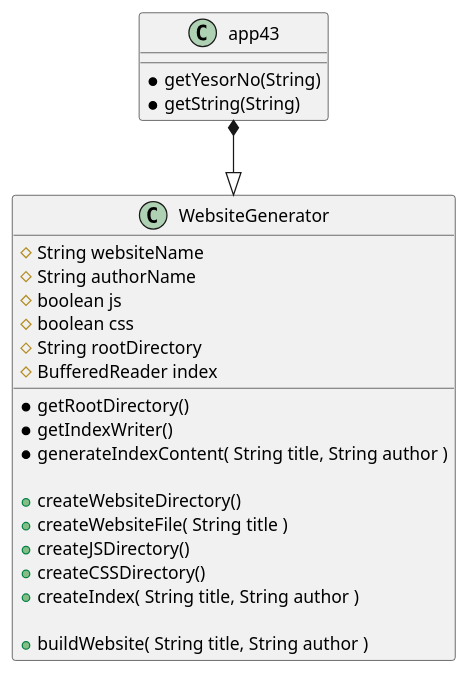
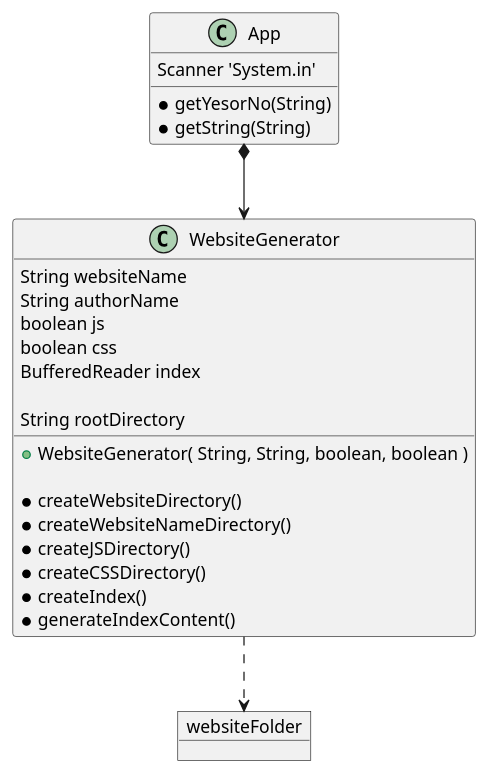
The diagram in src/main/resources/ex43/ex43.puml (GitEthan-1/woollet-cop3330-Assignment3), drawn with PlantUML before and after one commit. The commit also changed 19 other files, not shown here.

```diff
--- a/src/main/resources/ex43/ex43.puml
+++ b/src/main/resources/ex43/ex43.puml
@@ -1,32 +1,35 @@
 @startuml
 'https://plantuml.com/class-diagram
 
-class app43 {
+class App {
+    Scanner 'System.in'
+
     *getYesorNo(String)
     *getString(String)
 }
 
 class WebsiteGenerator {
-    #String websiteName
-    #String authorName
-    #boolean js
-    #boolean css
-    #String rootDirectory
-    #BufferedReader index
+    String websiteName
+    String authorName
+    boolean js
+    boolean css
+    BufferedReader index
 
-    *getRootDirectory()
-    *getIndexWriter()
-    *generateIndexContent( String title, String author )
+    String rootDirectory
 
-    +createWebsiteDirectory()
-    +createWebsiteFile( String title )
-    +createJSDirectory()
-    +createCSSDirectory()
-    +createIndex( String title, String author )
+    +WebsiteGenerator( String, String, boolean, boolean )
 
-    +buildWebsite( String title, String author )
+    *createWebsiteDirectory()
+    *createWebsiteNameDirectory()
+    *createJSDirectory()
+    *createCSSDirectory()
+    *createIndex()
+    *generateIndexContent()
+
+
 }
-
-app43 *--|> WebsiteGenerator
+object websiteFolder
+App *--> WebsiteGenerator
+WebsiteGenerator -.> websiteFolder
 
 @enduml
```
